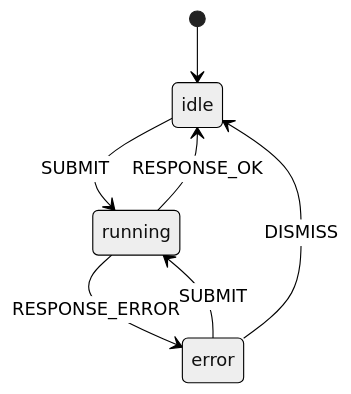
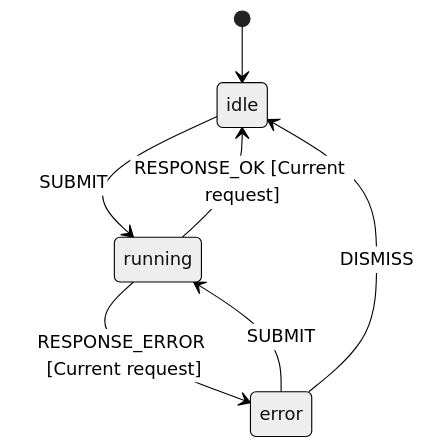
One commit to kody-hq/kody changed diagram 37 of 52 in docs/contributing/state-machines.md. Above: the diagram before and after it, drawn with Mermaid (neutral theme). The commit also changed other lines of this file and 100 other files, not shown here.

````diff
--- a/docs/contributing/state-machines.md
+++ b/docs/contributing/state-machines.md
@@ -1267,9 +1267,9 @@
 ```mermaid
 stateDiagram-v2
     [*] --> idle
     idle --> running: SUBMIT
-    running --> idle: RESPONSE_OK
-    running --> error: RESPONSE_ERROR
+    running --> idle: RESPONSE_OK [Current request]
+    running --> error: RESPONSE_ERROR [Current request]
     error --> running: SUBMIT
     error --> idle: DISMISS
 ```
````
